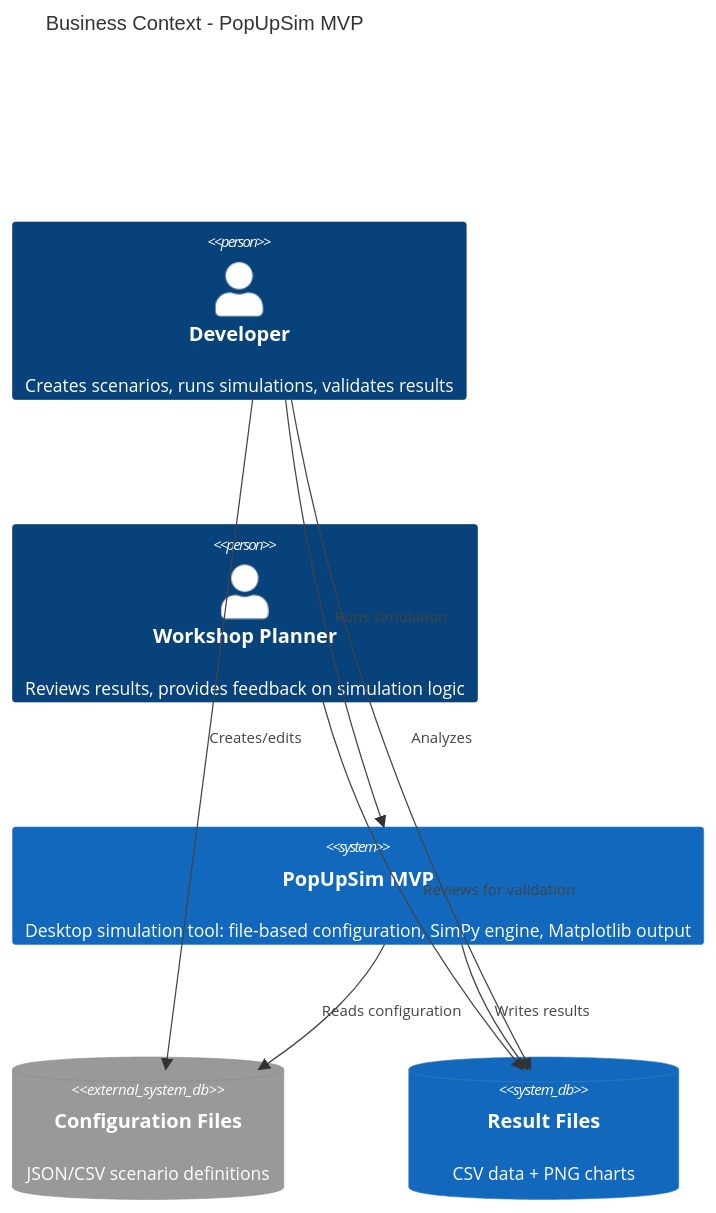
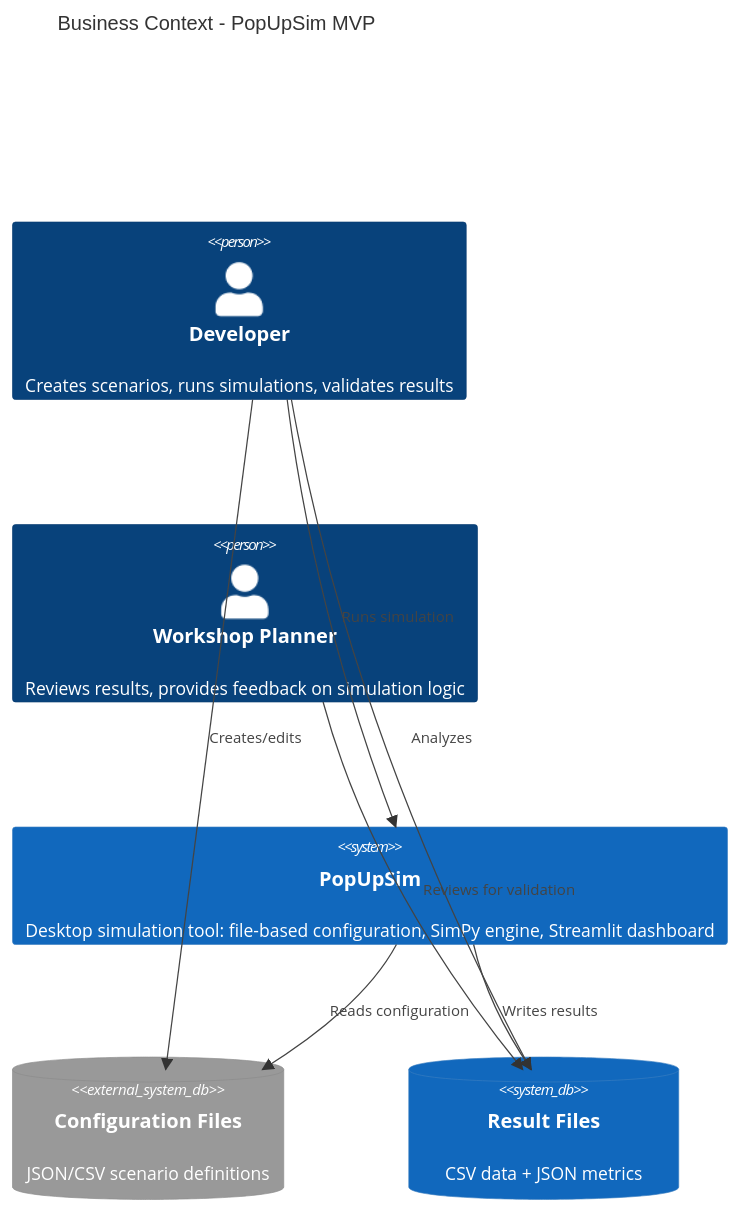
The first of 4 diagrams in docs/mvp/architecture/03-context.md (OpenRailAssociation/dac-migration-dss-popupsim), drawn with Mermaid before and after one commit. The commit also changed other lines of this file and 73 other files, not shown here.

````diff
--- a/docs/mvp/architecture/03-context.md
+++ b/docs/mvp/architecture/03-context.md
@@ -15,19 +15,19 @@
 ```mermaid
 C4Context
     title Business Context - PopUpSim MVP
 
     Person(developer, "Developer", "Creates scenarios, runs simulations, validates results")
     Person(planner, "Workshop Planner", "Reviews results, provides feedback on simulation logic")
 
-    System(popupsim_mvp, "PopUpSim MVP", "Desktop simulation tool: file-based configuration, SimPy engine, Matplotlib output")
+    System(popupsim_mvp, "PopUpSim", "Desktop simulation tool: file-based configuration, SimPy engine, Streamlit dashboard")
 
     SystemDb_Ext(config_files, "Configuration Files", "JSON/CSV scenario definitions")
-    SystemDb(results_files, "Result Files", "CSV data + PNG charts")
+    SystemDb(results_files, "Result Files", "CSV data + JSON metrics")
 
     Rel(developer, config_files, "Creates/edits")
     Rel(developer, popupsim_mvp, "Runs simulation")
     Rel(popupsim_mvp, config_files, "Reads configuration")
     Rel(popupsim_mvp, results_files, "Writes results")
     Rel(developer, results_files, "Analyzes")
     Rel(planner, results_files, "Reviews for validation")
 ```
````
